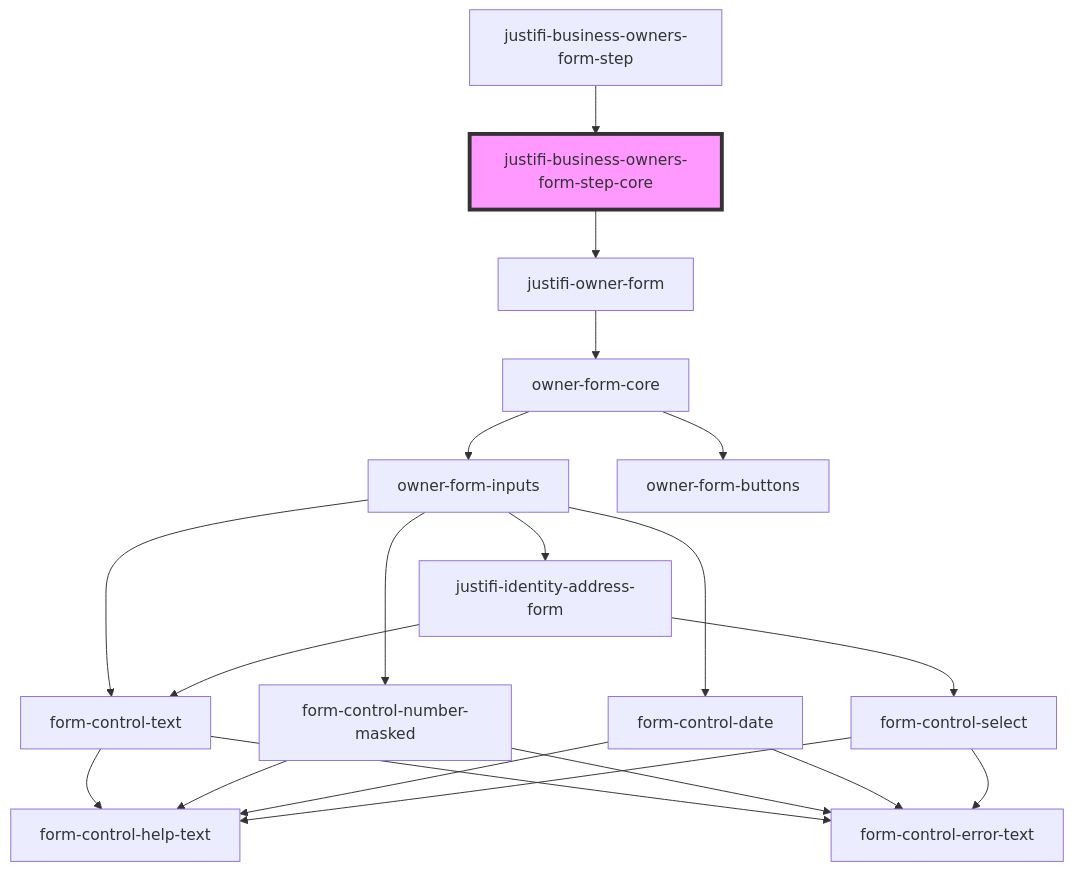
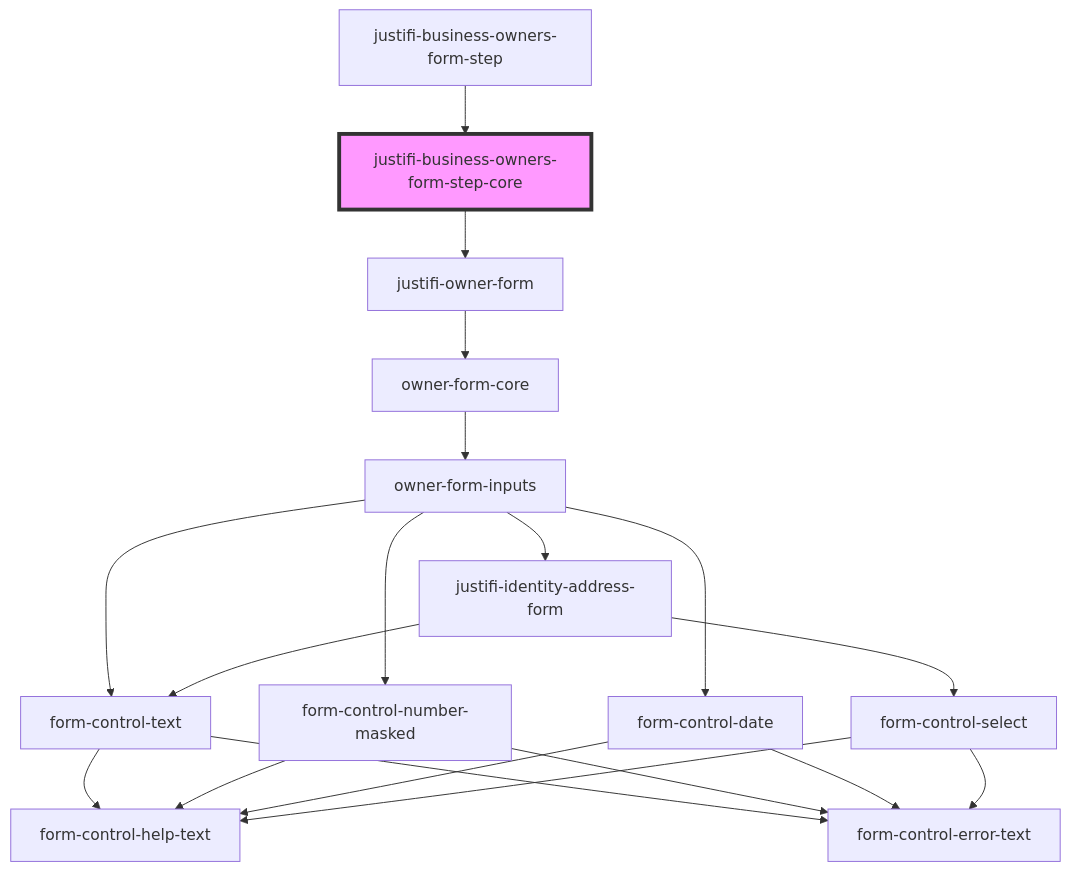
The diagram in packages/webcomponents/src/components/business-forms/payment-provisioning/business-owners/readme.md (justifi-tech/web-component-library), drawn with Mermaid before and after one commit. The commit also changed 3 other files, not shown here.

Commit message:
Remove owner form button component file and render buttons in owner-form-core directly

````diff
--- a/packages/webcomponents/src/components/business-forms/payment-provisioning/business-owners/readme.md
+++ b/packages/webcomponents/src/components/business-forms/payment-provisioning/business-owners/readme.md
@@ -59,23 +59,22 @@
 ```mermaid
 graph TD;
   justifi-business-owners-form-step-core --> justifi-owner-form
   justifi-owner-form --> owner-form-core
   owner-form-core --> owner-form-inputs
-  owner-form-core --> owner-form-buttons
   owner-form-inputs --> form-control-text
   owner-form-inputs --> form-control-number-masked
   owner-form-inputs --> form-control-date
   owner-form-inputs --> justifi-identity-address-form
   form-control-text --> form-control-help-text
   form-control-text --> form-control-error-text
   form-control-number-masked --> form-control-help-text
   form-control-number-masked --> form-control-error-text
   form-control-date --> form-control-help-text
   form-control-date --> form-control-error-text
   justifi-identity-address-form --> form-control-text
   justifi-identity-address-form --> form-control-select
   form-control-select --> form-control-help-text
   form-control-select --> form-control-error-text
   justifi-business-owners-form-step --> justifi-business-owners-form-step-core
   style justifi-business-owners-form-step-core fill:#f9f,stroke:#333,stroke-width:4px
 ```
````
